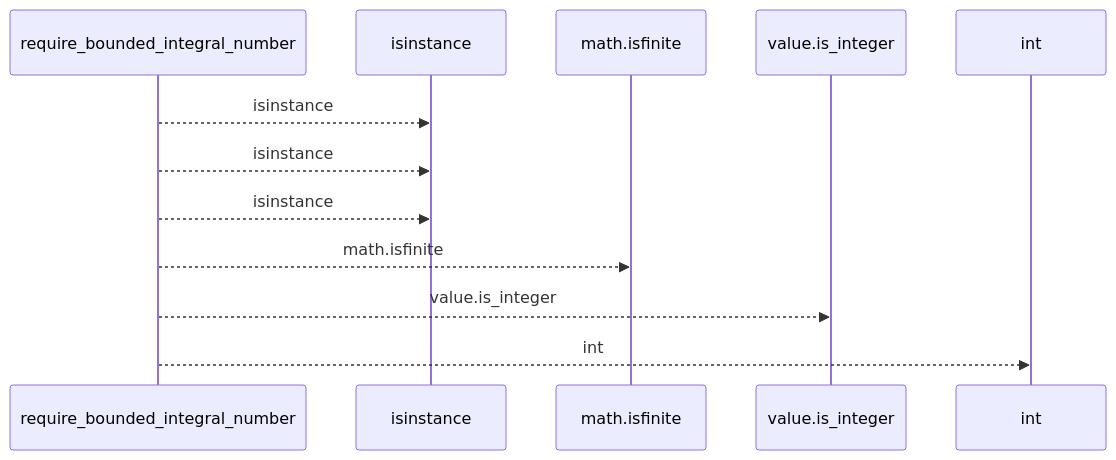
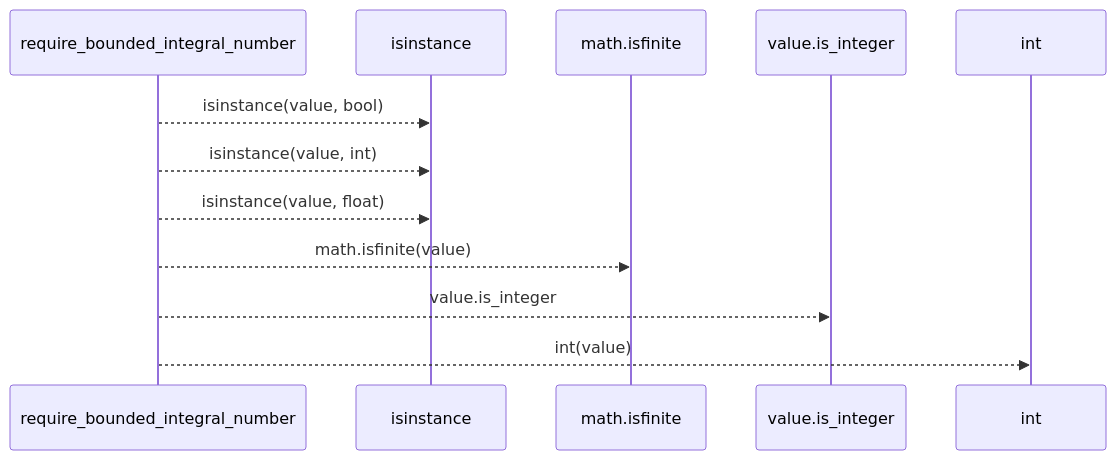
The first of 2 diagrams in docs/llm_wiki/flows/api-require_bounded_integral_number.md (Denissvgn/python-wiki-llm), drawn with Mermaid before and after one commit. The commit also changed other lines of this file and 1410 other files, not shown here.

````diff
--- a/docs/llm_wiki/flows/api-require_bounded_integral_number.md
+++ b/docs/llm_wiki/flows/api-require_bounded_integral_number.md
@@ -10,14 +12,14 @@
 ```mermaid
 sequenceDiagram
     participant p0 as require_bounded_integral_number
     participant p1 as isinstance
     participant p2 as math.isfinite
     participant p3 as value.is_integer
     participant p4 as int
-    p0-->>p1: isinstance
-    p0-->>p1: isinstance
-    p0-->>p1: isinstance
-    p0-->>p2: math.isfinite
+    p0-->>p1: isinstance(value, bool)
+    p0-->>p1: isinstance(value, int)
+    p0-->>p1: isinstance(value, float)
+    p0-->>p2: math.isfinite(value)
     p0-->>p3: value.is_integer
-    p0-->>p4: int
+    p0-->>p4: int(value)
 ```
````
